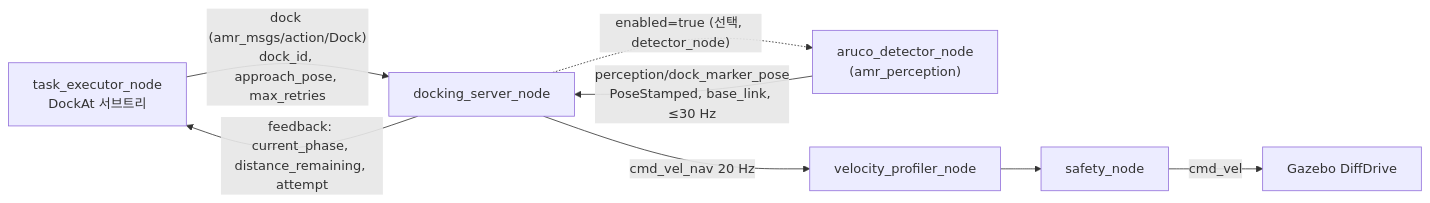
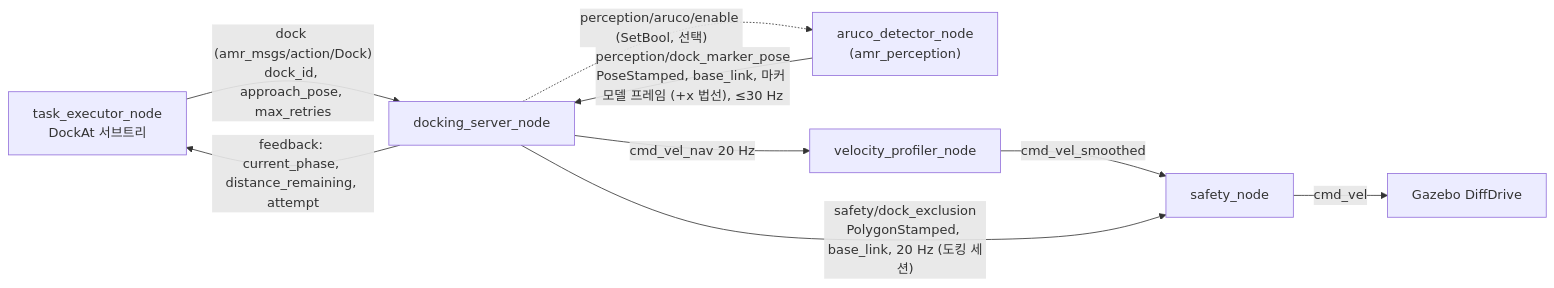
One commit to Benya111in/amr-fleet-system changed the diagram in docs/algorithms/docking.md. Above: the diagram before and after it, drawn with Mermaid. The commit also changed other lines of this file and 55 other files, not shown here.

````diff
--- a/docs/algorithms/docking.md
+++ b/docs/algorithms/docking.md
@@ -9,8 +9,9 @@
 ```mermaid
 flowchart LR
   BT["task_executor_node<br/>DockAt 서브트리"] -->|"dock (amr_msgs/action/Dock)<br/>dock_id, approach_pose, max_retries"| DS["docking_server_node"]
-  AR["aruco_detector_node<br/>(amr_perception)"] -->|"perception/dock_marker_pose<br/>PoseStamped, base_link, ≤30 Hz"| DS
-  DS -->|"cmd_vel_nav 20 Hz"| VP["velocity_profiler_node"] --> SF["safety_node"] -->|cmd_vel| GZ["Gazebo DiffDrive"]
+  AR["aruco_detector_node<br/>(amr_perception)"] -->|"perception/dock_marker_pose<br/>PoseStamped, base_link, 마커 모델 프레임 (+x 법선), ≤30 Hz"| DS
+  DS -->|"cmd_vel_nav 20 Hz"| VP["velocity_profiler_node"] -->|cmd_vel_smoothed| SF["safety_node"] -->|cmd_vel| GZ["Gazebo DiffDrive"]
+  DS -->|"safety/dock_exclusion<br/>PolygonStamped, base_link, 20 Hz (도킹 세션)"| SF
   DS -->|"feedback: current_phase, distance_remaining, attempt"| BT
-  DS -.->|"enabled=true (선택, detector_node)"| AR
+  DS -.->|"perception/aruco/enable (SetBool, 선택)"| AR
 ```
````
